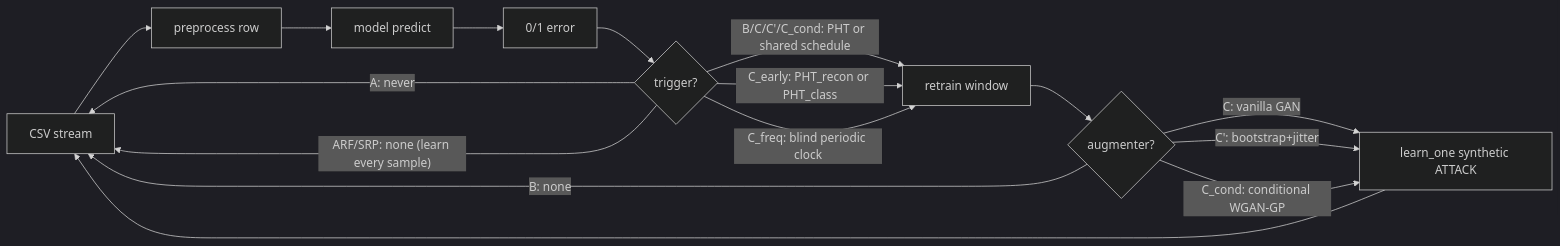
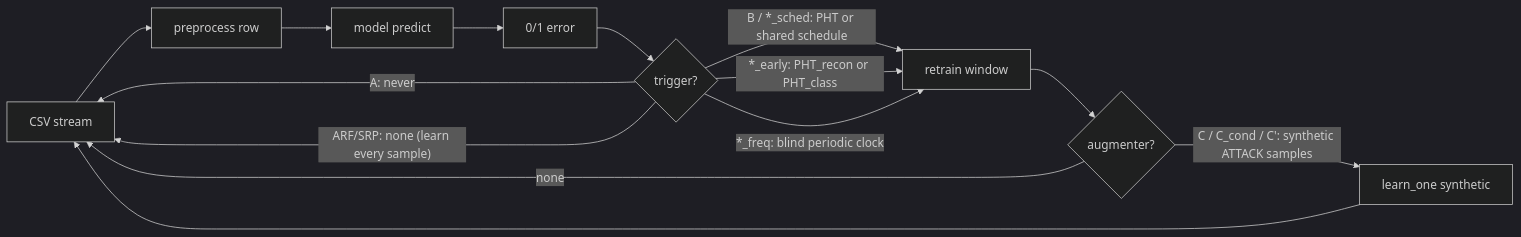
The diagram in README.md (antoniol00/pace-drift), drawn with Mermaid (dark theme) before and after one commit. The commit also changed other lines of this file and 1 other file, not shown here.

````diff
--- a/README.md
+++ b/README.md
@@ -48,18 +53,16 @@
 ```mermaid
 flowchart LR
     S[CSV stream] --> P[preprocess row]
     P --> M[model predict]
     M --> E[0/1 error]
     E --> T{trigger?}
     T -- "A: never" --> S
-    T -- "B/C/C'/C_cond: PHT or shared schedule" --> W[retrain window]
-    T -- "C_early: PHT_recon or PHT_class" --> W
-    T -- "C_freq: blind periodic clock" --> W
+    T -- "B / *_sched: PHT or shared schedule" --> W[retrain window]
+    T -- "*_early: PHT_recon or PHT_class" --> W
+    T -- "*_freq: blind periodic clock" --> W
     T -- "ARF/SRP: none (learn every sample)" --> S
     W --> G{augmenter?}
-    G -- "C: vanilla GAN" --> L[learn_one synthetic ATTACK]
-    G -- "C': bootstrap+jitter" --> L
-    G -- "C_cond: conditional WGAN-GP" --> L
-    G -- "B: none" --> S
+    G -- "C / C_cond / C': synthetic ATTACK samples" --> L[learn_one synthetic]
+    G -- "none" --> S
     L --> S
 ```
````
